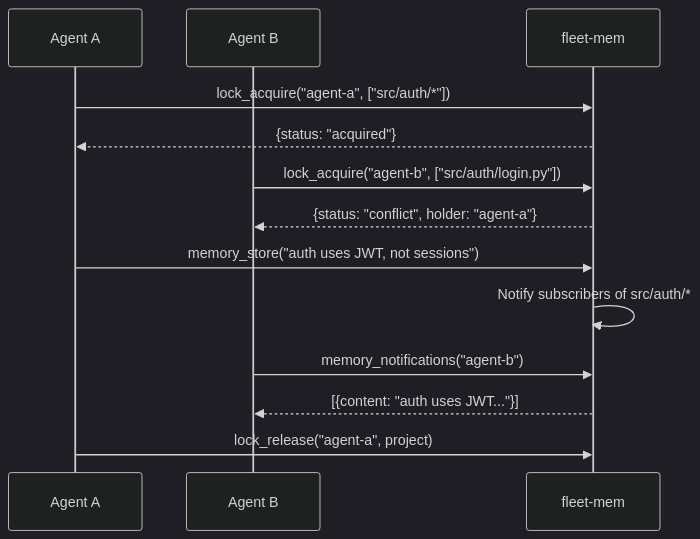
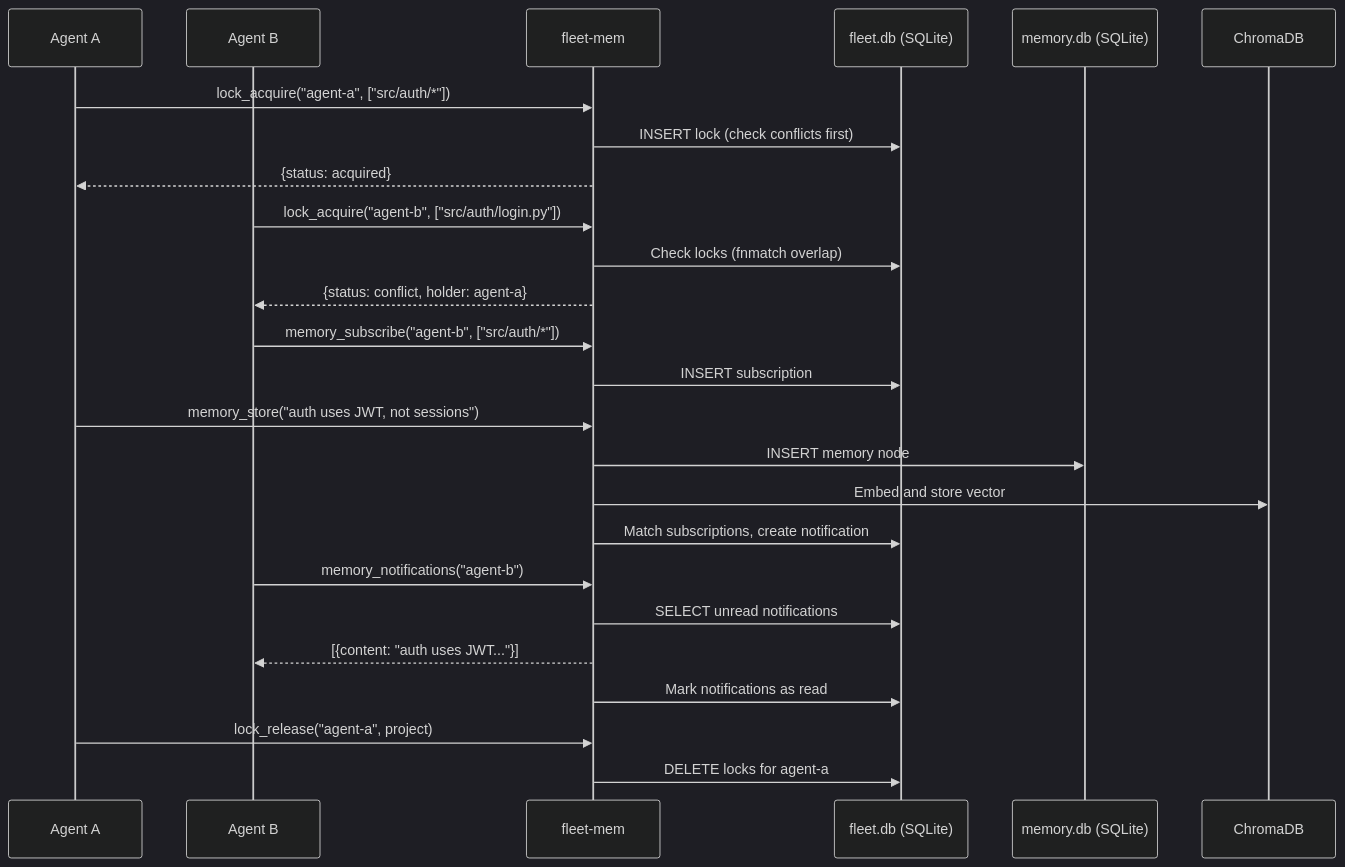
Before and after one commit to sam-ent/fleet-mem: the fifth of 6 diagrams in README.md, drawn with Mermaid (dark theme). The commit also changed other lines of this file, not shown here.

First line of the commit message:
docs: accurate process flow diagrams with all storage layers

````diff
--- a/README.md
+++ b/README.md
@@ -156,20 +211,33 @@
 ```mermaid
 sequenceDiagram
     participant A as Agent A
     participant B as Agent B
     participant FM as fleet-mem
+    participant F as fleet.db (SQLite)
+    participant M as memory.db (SQLite)
+    participant C as ChromaDB
 
     A->>FM: lock_acquire("agent-a", ["src/auth/*"])
-    FM-->>A: {status: "acquired"}
+    FM->>F: INSERT lock (check conflicts first)
+    FM-->>A: {status: acquired}
 
     B->>FM: lock_acquire("agent-b", ["src/auth/login.py"])
-    FM-->>B: {status: "conflict", holder: "agent-a"}
+    FM->>F: Check locks (fnmatch overlap)
+    FM-->>B: {status: conflict, holder: agent-a}
+
+    B->>FM: memory_subscribe("agent-b", ["src/auth/*"])
+    FM->>F: INSERT subscription
 
     A->>FM: memory_store("auth uses JWT, not sessions")
-    FM->>FM: Notify subscribers of src/auth/*
+    FM->>M: INSERT memory node
+    FM->>C: Embed and store vector
+    FM->>F: Match subscriptions, create notification
 
     B->>FM: memory_notifications("agent-b")
+    FM->>F: SELECT unread notifications
     FM-->>B: [{content: "auth uses JWT..."}]
+    FM->>F: Mark notifications as read
 
     A->>FM: lock_release("agent-a", project)
+    FM->>F: DELETE locks for agent-a
 ```
````
